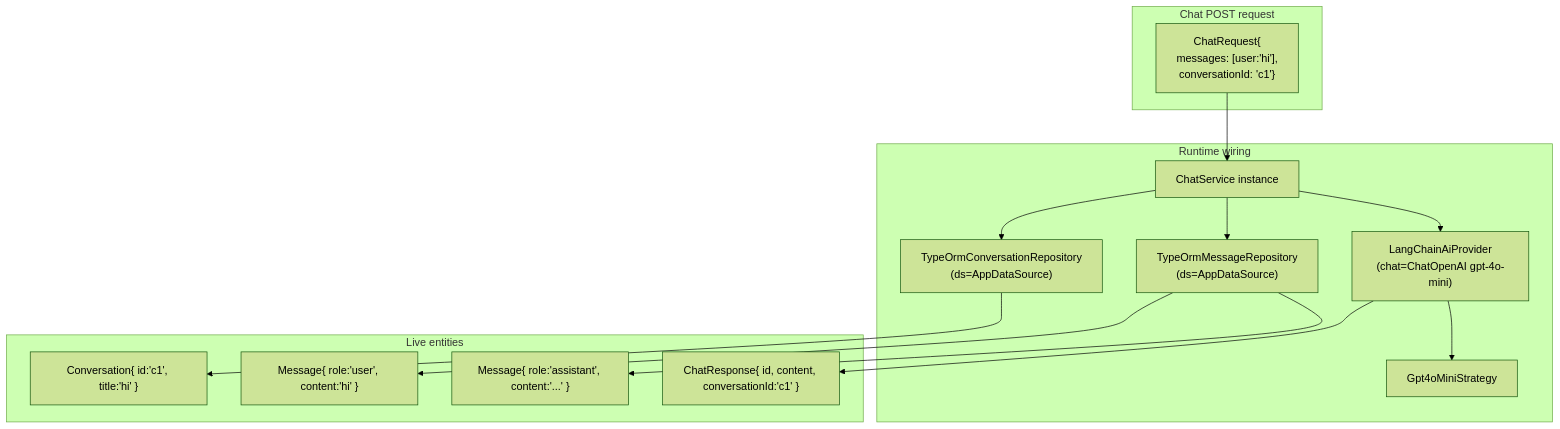
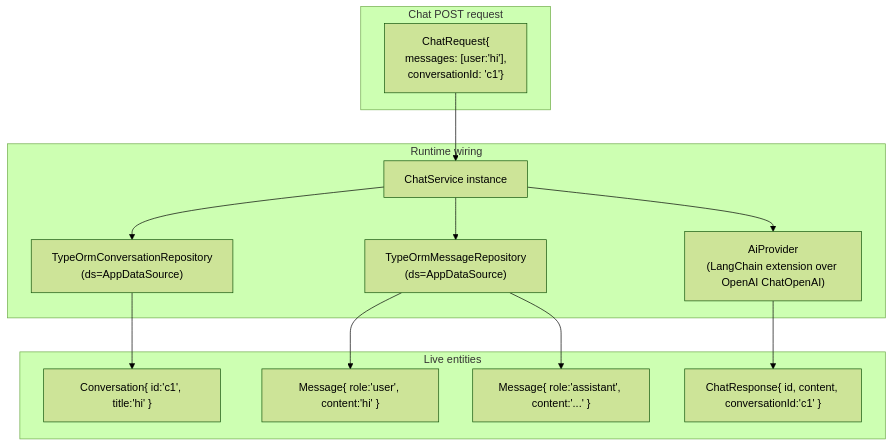
The diagram in _bmad-output/planning-artifacts/08-object.md (Glitch-guy0/chaiGPT), drawn with Mermaid (forest theme) before and after one commit. The commit also changed other lines of this file and 5 other files, not shown here.

````diff
--- a/_bmad-output/planning-artifacts/08-object.md
+++ b/_bmad-output/planning-artifacts/08-object.md
@@ -5,31 +5,29 @@
 ```mermaid
 flowchart TD
     subgraph req["Chat POST request"]
         cr["ChatRequest{<br/>messages: [user:'hi'],<br/>conversationId: 'c1'}"]
     end
 
     subgraph svc["Runtime wiring"]
         chatSvc["ChatService instance"]
         convRepo["TypeOrmConversationRepository<br/>(ds=AppDataSource)"]
         msgRepo["TypeOrmMessageRepository<br/>(ds=AppDataSource)"]
-        aiProv["LangChainAiProvider<br/>(chat=ChatOpenAI gpt-4o-mini)"]
-        strat["Gpt4oMiniStrategy"]
+        aiProv["AiProvider<br/>(LangChain extension over OpenAI ChatOpenAI)"]
     end
 
     subgraph data["Live entities"]
         conv["Conversation{ id:'c1', title:'hi' }"]
         m1["Message{ role:'user', content:'hi' }"]
         m2["Message{ role:'assistant', content:'...' }"]
         resp["ChatResponse{ id, content, conversationId:'c1' }"]
     end
 
     cr --> chatSvc
     chatSvc --> convRepo
     chatSvc --> msgRepo
     chatSvc --> aiProv
-    aiProv --> strat
     convRepo --> conv
     msgRepo --> m1
     msgRepo --> m2
     aiProv --> resp
 ```
````
